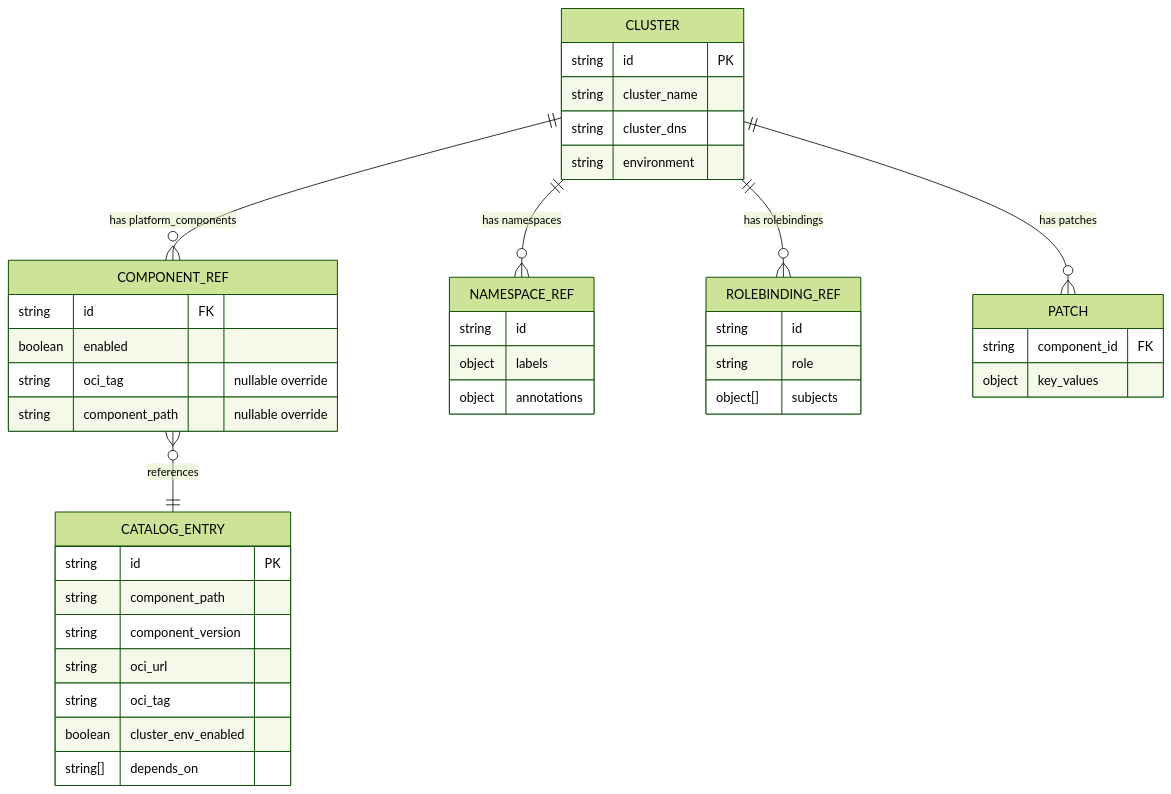
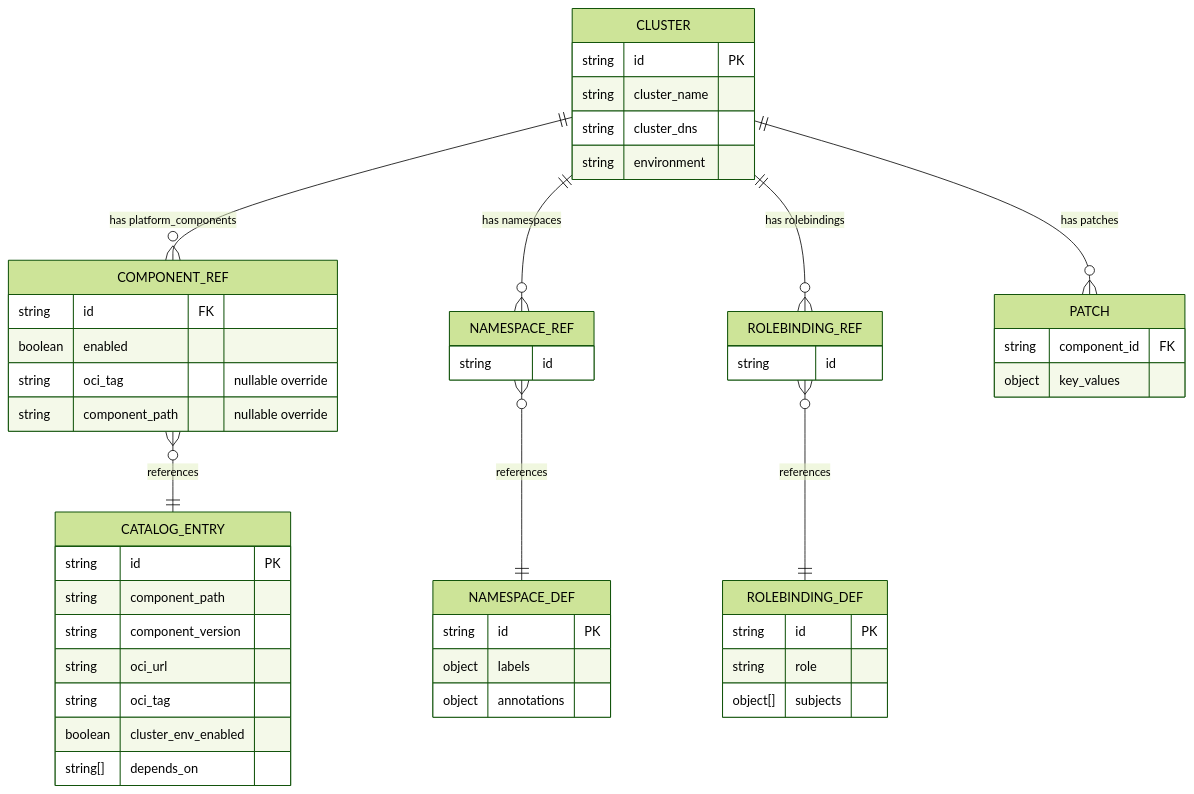
The first of 3 diagrams in docs/src/resource-driven-development.md (dgunzy/flux-resourceset), drawn with Mermaid (forest theme) before and after one commit. The commit also changed other lines of this file and 28 other files, not shown here.

Commit message:
iterate on docs, make id refs in schema (#3)

````diff
--- a/docs/src/resource-driven-development.md
+++ b/docs/src/resource-driven-development.md
@@ -9,44 +9,52 @@
 ```mermaid
 erDiagram
     CLUSTER ||--o{ COMPONENT_REF : "has platform_components"
     CLUSTER ||--o{ NAMESPACE_REF : "has namespaces"
     CLUSTER ||--o{ ROLEBINDING_REF : "has rolebindings"
     CLUSTER ||--o{ PATCH : "has patches"
     COMPONENT_REF }o--|| CATALOG_ENTRY : "references"
+    NAMESPACE_REF }o--|| NAMESPACE_DEF : "references"
+    ROLEBINDING_REF }o--|| ROLEBINDING_DEF : "references"
 
     CLUSTER {
         string id PK
         string cluster_name
         string cluster_dns
         string environment
     }
     COMPONENT_REF {
         string id FK
         boolean enabled
         string oci_tag "nullable override"
         string component_path "nullable override"
     }
     CATALOG_ENTRY {
         string id PK
         string component_path
         string component_version
         string oci_url
         string oci_tag
         boolean cluster_env_enabled
         string[] depends_on
     }
     NAMESPACE_REF {
         string id
+    }
+    ROLEBINDING_REF {
+        string id
+    }
+    NAMESPACE_DEF {
+        string id PK
         object labels
         object annotations
     }
-    ROLEBINDING_REF {
-        string id
+    ROLEBINDING_DEF {
+        string id PK
         string role
         object[] subjects
     }
     PATCH {
         string component_id FK
         object key_values
     }
 ```
````
